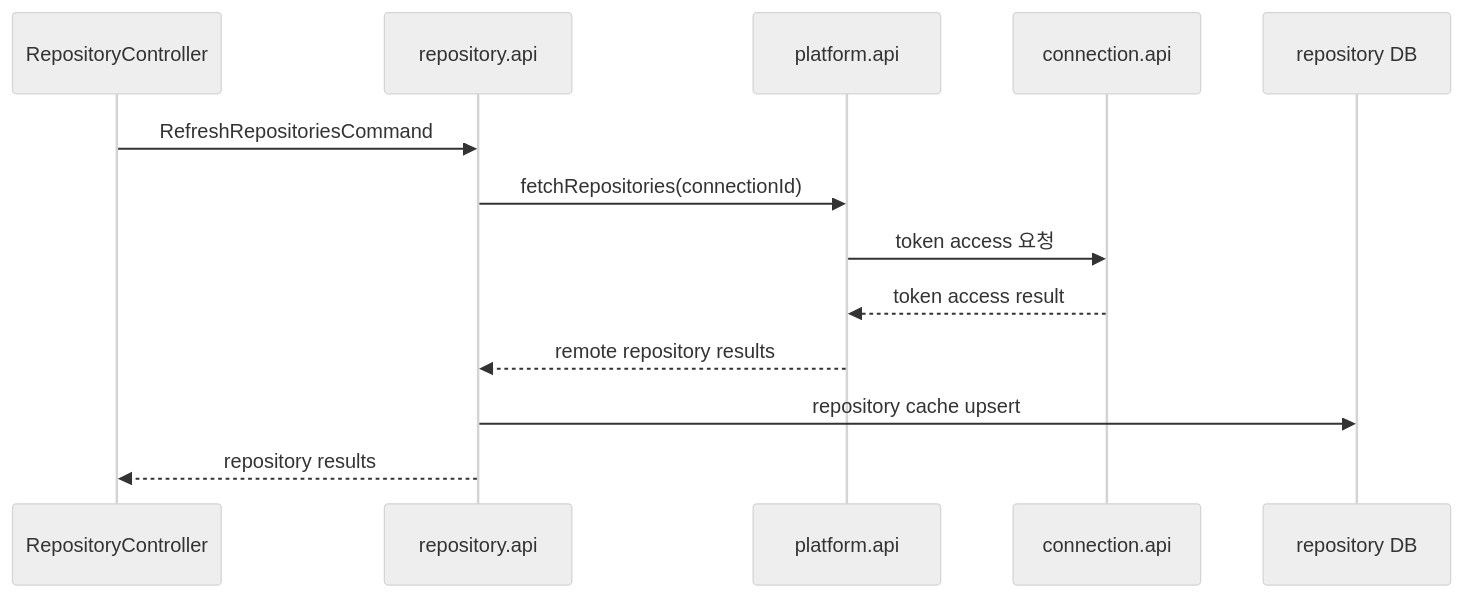
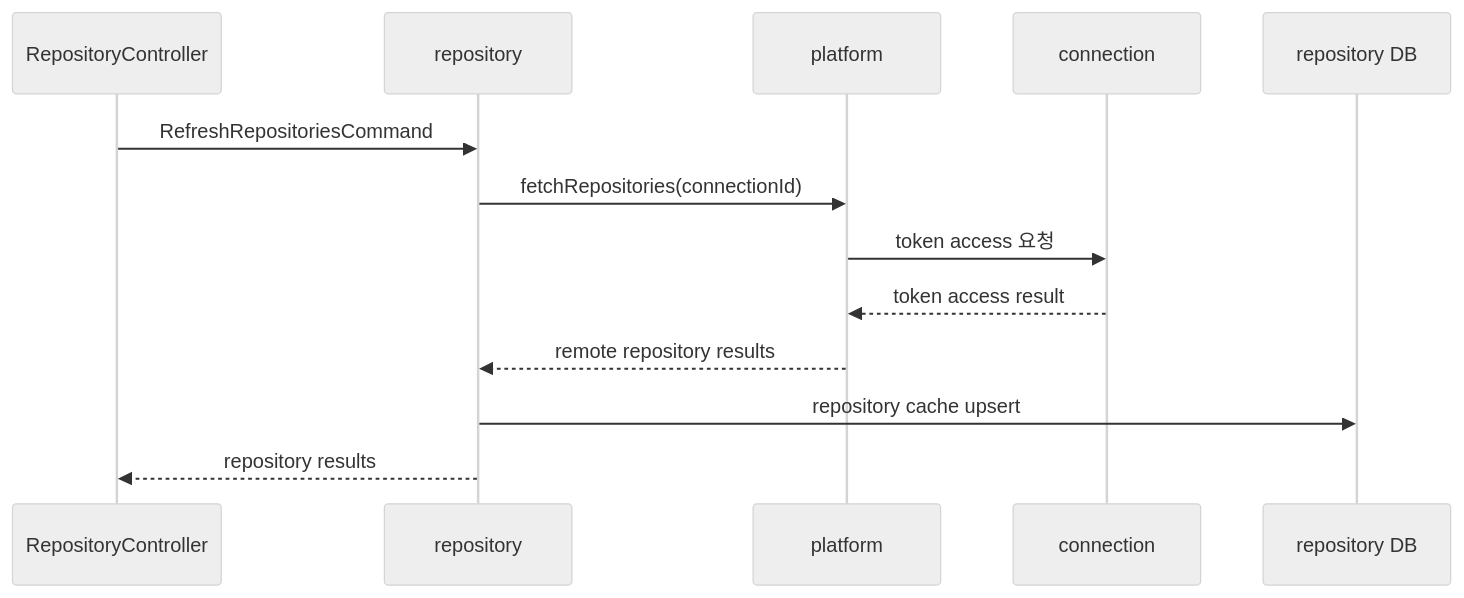
One commit to Jungwoook/github-issue-manager changed the second of 3 diagrams in docs/14-platform-structure-improvement-plan.md. Above: the diagram before and after it, drawn with Mermaid (neutral theme). The commit also changed other lines of this file and 1 other file, not shown here.

Commit message:
대표 흐름 다이어그램 표기 정리

````diff
--- a/docs/14-platform-structure-improvement-plan.md
+++ b/docs/14-platform-structure-improvement-plan.md
@@ -92,16 +92,16 @@
 ```mermaid
 sequenceDiagram
     participant C as RepositoryController
-    participant Repo as repository.api
-    participant Plat as platform.api
-    participant Conn as connection.api
+    participant Repo as repository
+    participant Plat as platform
+    participant Conn as connection
     participant DB as repository DB
 
     C->>Repo: RefreshRepositoriesCommand
     Repo->>Plat: fetchRepositories(connectionId)
     Plat->>Conn: token access 요청
     Conn-->>Plat: token access result
     Plat-->>Repo: remote repository results
     Repo->>DB: repository cache upsert
     Repo-->>C: repository results
 ```
````
